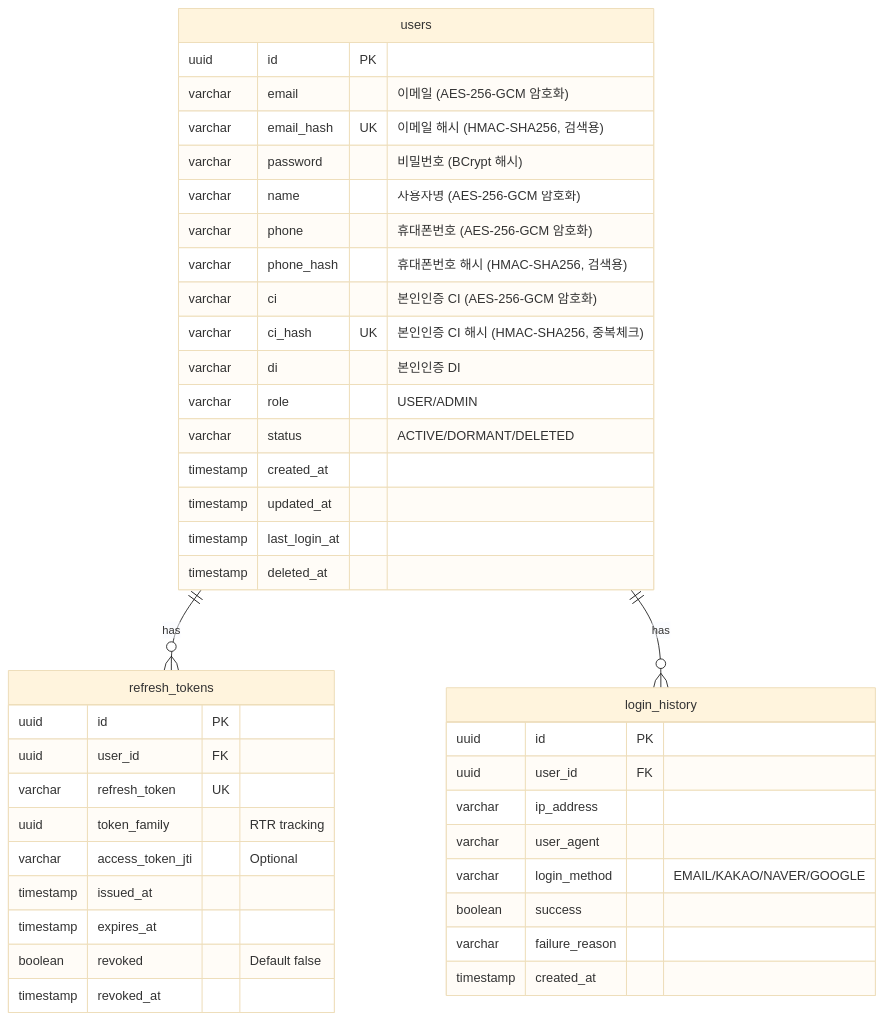
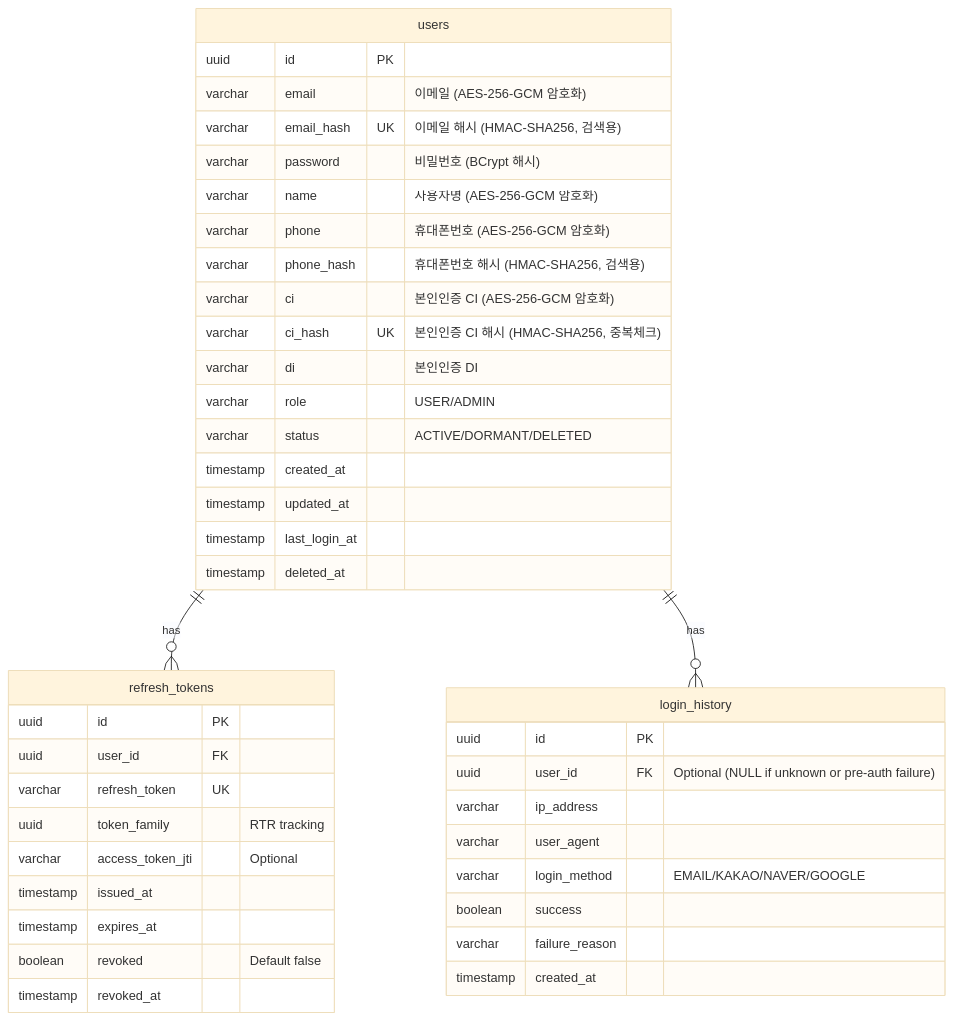
The first of 5 diagrams in docs/architecture/04_data.md (paircoders/ticket-queue), drawn with Mermaid (base theme) before and after one commit. The commit also changed other lines of this file and 27 other files, not shown here.

````diff
--- a/docs/architecture/04_data.md
+++ b/docs/architecture/04_data.md
@@ -105,47 +105,47 @@
 ```mermaid
 erDiagram
     users ||--o{ refresh_tokens : has
     users ||--o{ login_history : has
 
     users {
         uuid id PK
         varchar email "이메일 (AES-256-GCM 암호화)"
         varchar email_hash UK "이메일 해시 (HMAC-SHA256, 검색용)"
         varchar password "비밀번호 (BCrypt 해시)"
         varchar name "사용자명 (AES-256-GCM 암호화)"
         varchar phone "휴대폰번호 (AES-256-GCM 암호화)"
         varchar phone_hash "휴대폰번호 해시 (HMAC-SHA256, 검색용)"
         varchar ci "본인인증 CI (AES-256-GCM 암호화)"
         varchar ci_hash UK "본인인증 CI 해시 (HMAC-SHA256, 중복체크)"
         varchar di "본인인증 DI"
         varchar role "USER/ADMIN"
         varchar status "ACTIVE/DORMANT/DELETED"
         timestamp created_at
         timestamp updated_at
         timestamp last_login_at
         timestamp deleted_at
     }
 
     refresh_tokens {
         uuid id PK
         uuid user_id FK
         varchar refresh_token UK
         uuid token_family "RTR tracking"
         varchar access_token_jti "Optional"
         timestamp issued_at
         timestamp expires_at
         boolean revoked "Default false"
         timestamp revoked_at
     }
 
     login_history {
         uuid id PK
-        uuid user_id FK
+        uuid user_id FK "Optional (NULL if unknown or pre-auth failure)"
         varchar ip_address
         varchar user_agent
         varchar login_method "EMAIL/KAKAO/NAVER/GOOGLE"
         boolean success
         varchar failure_reason
         timestamp created_at
     }
 ```
````
